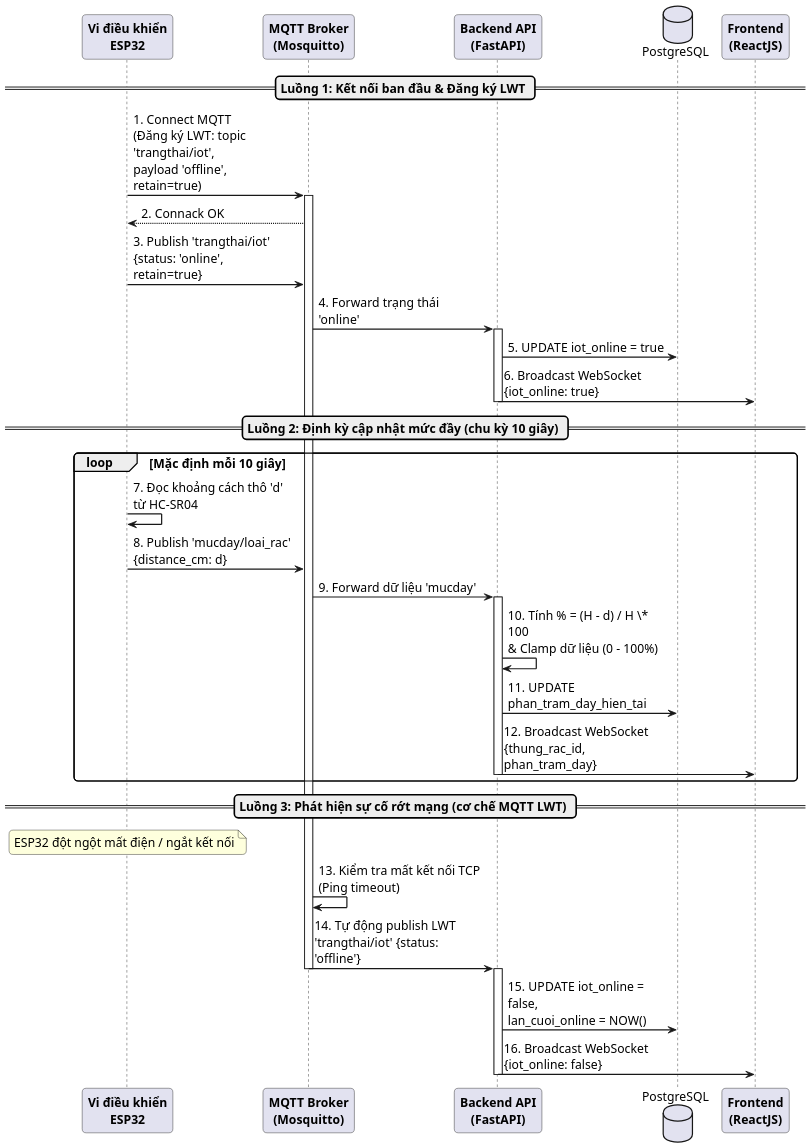
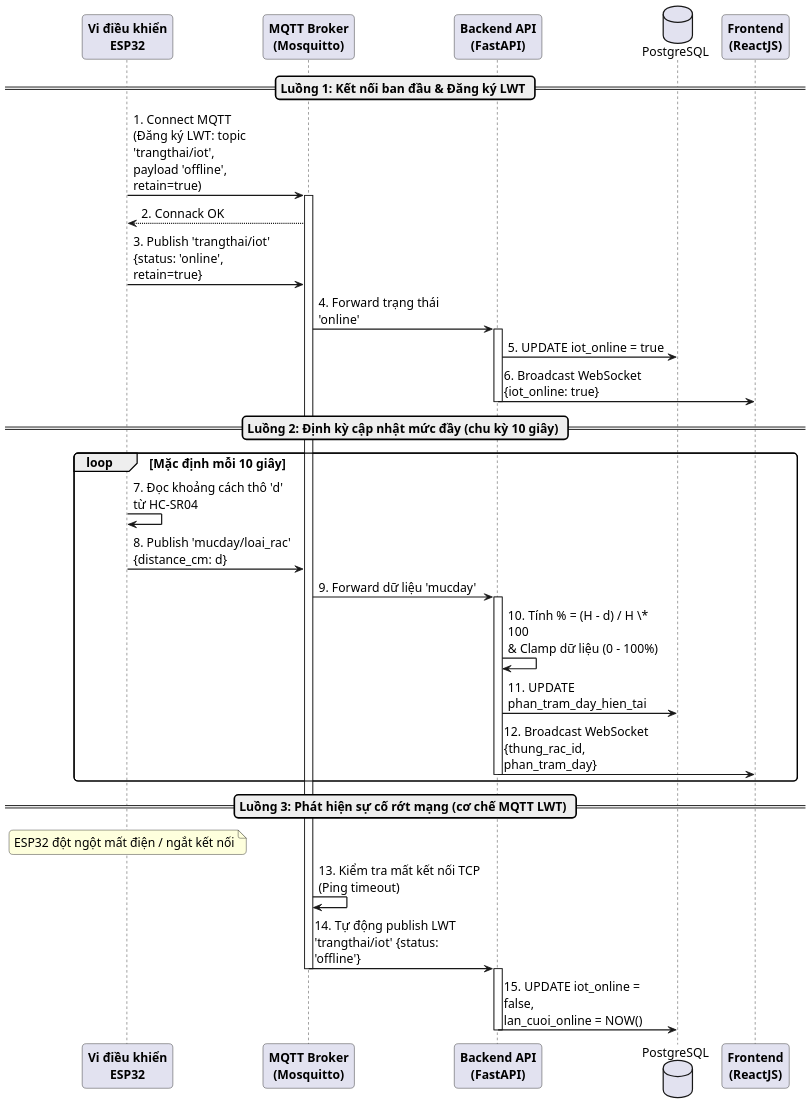
Before and after one commit to NguyenTAnh2005/Do-An-Mon-Hoc: the diagram in DOCS/SoDoKienTruc/2.5.2.md, drawn with PlantUML. The commit also changed 17 other files, not shown here.

```diff
--- a/DOCS/SoDoKienTruc/2.5.2.md
+++ b/DOCS/SoDoKienTruc/2.5.2.md
@@ -1,52 +1,50 @@
 @startuml
 skinparam dpi 150
 skinparam defaultFontName Arial
 skinparam defaultFontSize 15
 skinparam shadowing false
 skinparam roundcorner 10
 skinparam maxMessageSize 200
 skinparam sequenceArrowThickness 1.5
 skinparam ParticipantFontStyle bold
 skinparam TitleFontSize 20
-
 
 participant "Vi điều khiển\nESP32" as ESP
 participant "MQTT Broker\n(Mosquitto)" as Broker
 participant "Backend API\n(FastAPI)" as Web
 database "PostgreSQL" as DB
 participant "Frontend\n(ReactJS)" as FE
 
 == Luồng 1: Kết nối ban đầu & Đăng ký LWT ==
 ESP -> Broker: 1. Connect MQTT\n(Đăng ký LWT: topic 'trangthai/iot',\npayload 'offline', retain=true)
 activate Broker
 Broker --> ESP: 2. Connack OK
 ESP -> Broker: 3. Publish 'trangthai/iot'\n{status: 'online', retain=true}
 Broker -> Web: 4. Forward trạng thái 'online'
 activate Web
 Web -> DB: 5. UPDATE iot_online = true
 Web -> FE: 6. Broadcast WebSocket\n{iot_online: true}
 deactivate Web
 
 == Luồng 2: Định kỳ cập nhật mức đầy (chu kỳ 10 giây) ==
 loop Mặc định mỗi 10 giây
 ESP -> ESP: 7. Đọc khoảng cách thô 'd'\ntừ HC-SR04
 ESP -> Broker: 8. Publish 'mucday/loai_rac'\n{distance_cm: d}
 Broker -> Web: 9. Forward dữ liệu 'mucday'
 activate Web
 Web -> Web: 10. Tính % = (H - d) / H \* 100\n& Clamp dữ liệu (0 - 100%)
 Web -> DB: 11. UPDATE phan_tram_day_hien_tai
 Web -> FE: 12. Broadcast WebSocket\n{thung_rac_id, phan_tram_day}
 deactivate Web
 end
 
 == Luồng 3: Phát hiện sự cố rớt mạng (cơ chế MQTT LWT) ==
 note over ESP: ESP32 đột ngột mất điện / ngắt kết nối
 Broker -> Broker: 13. Kiểm tra mất kết nối TCP\n(Ping timeout)
 Broker -> Web: 14. Tự động publish LWT\n'trangthai/iot' {status: 'offline'}
 deactivate Broker
 activate Web
 Web -> DB: 15. UPDATE iot_online = false,\nlan_cuoi_online = NOW()
-Web -> FE: 16. Broadcast WebSocket\n{iot_online: false}
 deactivate Web
 
 @enduml
```
